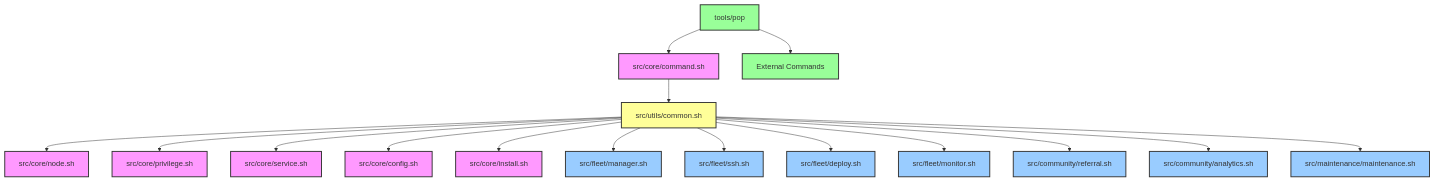
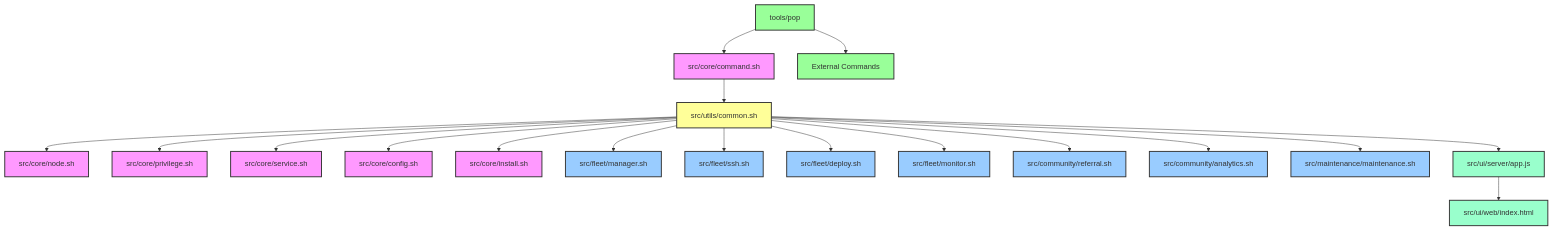
The diagram in docs/development/architecture.md (preterag/pipecdn), drawn with Mermaid before and after one commit. The commit also changed other lines of this file and 5 other files, not shown here.

````diff
--- a/docs/development/architecture.md
+++ b/docs/development/architecture.md
@@ -9,35 +9,39 @@
 ```mermaid
 graph TD
     classDef core fill:#f9f,stroke:#333,stroke-width:2px
     classDef utils fill:#ff9,stroke:#333,stroke-width:2px
     classDef modules fill:#9cf,stroke:#333,stroke-width:2px
     classDef scripts fill:#9f9,stroke:#333,stroke-width:2px
+    classDef ui fill:#9fc,stroke:#333,stroke-width:2px
 
     A[tools/pop] --> B[src/core/command.sh]
     
     B --> C[src/utils/common.sh]
     
     C --> D[src/core/node.sh]
     C --> E[src/core/privilege.sh]
     C --> F[src/core/service.sh]
     C --> G[src/core/config.sh]
     C --> H[src/core/install.sh]
     
     C --> I[src/fleet/manager.sh]
     C --> J[src/fleet/ssh.sh]
     C --> K[src/fleet/deploy.sh]
     C --> L[src/fleet/monitor.sh]
     
     C --> M[src/community/referral.sh]
     C --> N[src/community/analytics.sh]
     
     C --> O[src/maintenance/maintenance.sh]
     
+    C --> U[src/ui/server/app.js]
+    U --> V[src/ui/web/index.html]
+    
     A --> P[External Commands]
     
-    class A scripts
+    class A,P scripts
     class B,D,E,F,G,H core
     class C utils
     class I,J,K,L,M,N,O modules
-    class P scripts
+    class U,V ui
 ```
````
